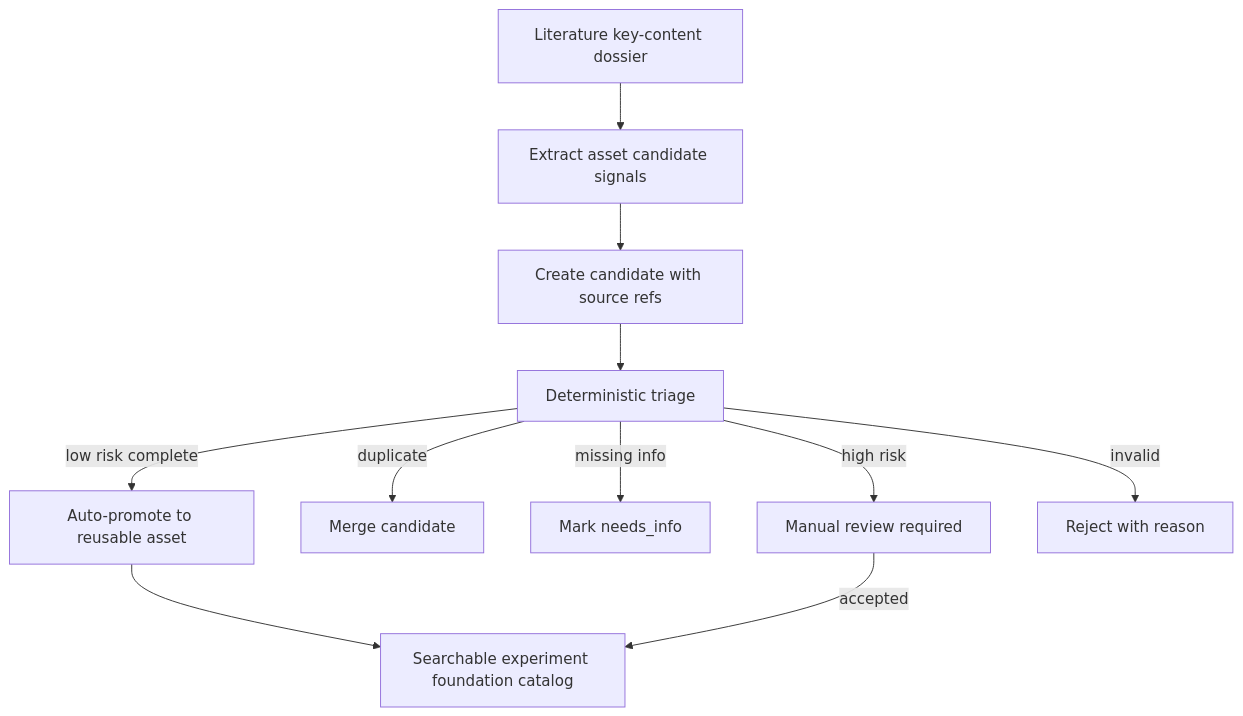
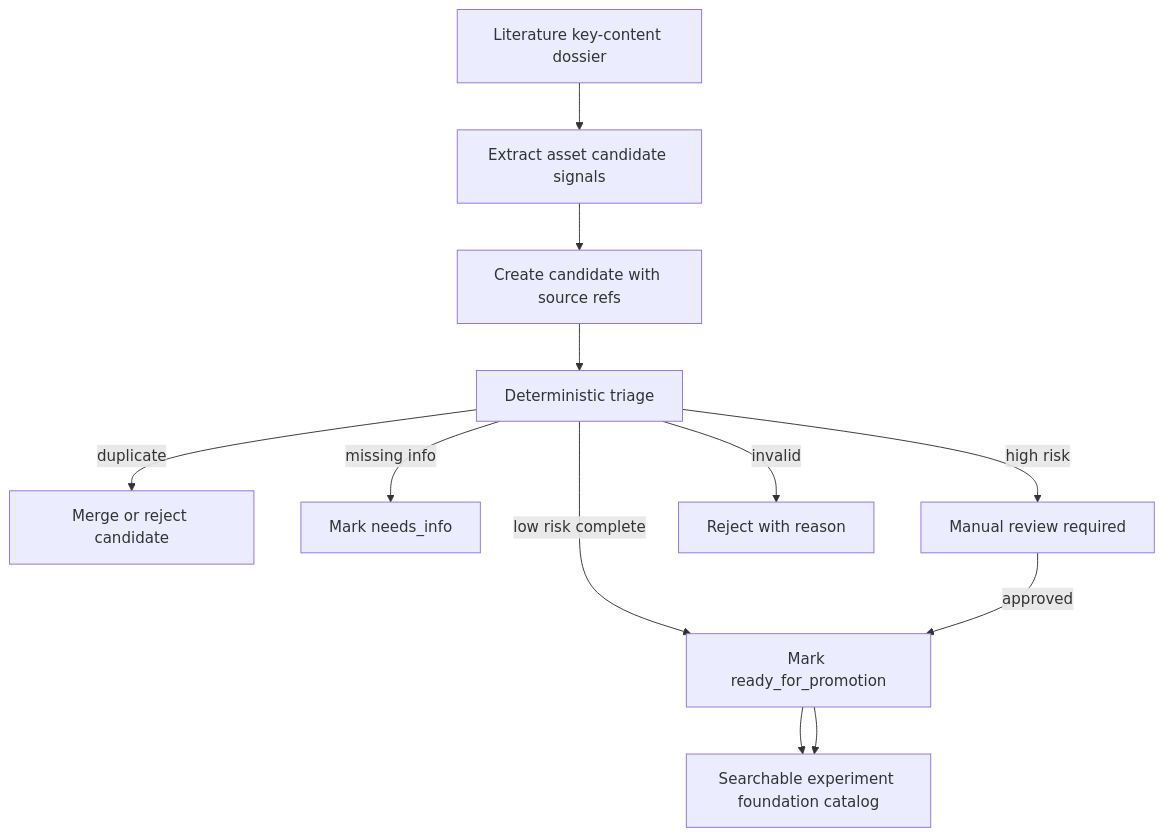
One commit to Yuilona/My-Researcher changed the first of 8 diagrams in dev-docs/active/experiment-foundation-v1/02-architecture.md. Above: the diagram before and after it, drawn with Mermaid. The commit also changed other lines of this file and 88 other files, not shown here.

````diff
--- a/dev-docs/active/experiment-foundation-v1/02-architecture.md
+++ b/dev-docs/active/experiment-foundation-v1/02-architecture.md
@@ -618,13 +638,14 @@
 ```mermaid
 flowchart TD
   A["Literature key-content dossier"] --> B["Extract asset candidate signals"]
   B --> C["Create candidate with source refs"]
   C --> D["Deterministic triage"]
-  D -->|low risk complete| E["Auto-promote to reusable asset"]
-  D -->|duplicate| F["Merge candidate"]
+  D -->|low risk complete| E["Mark ready_for_promotion"]
+  E --> J["Promote to canonical asset"]
+  D -->|duplicate| F["Merge or reject candidate"]
   D -->|missing info| G["Mark needs_info"]
   D -->|high risk| H["Manual review required"]
   D -->|invalid| I["Reject with reason"]
   E --> J["Searchable experiment foundation catalog"]
-  H -->|accepted| J
+  H -->|approved| E
 ```
````
